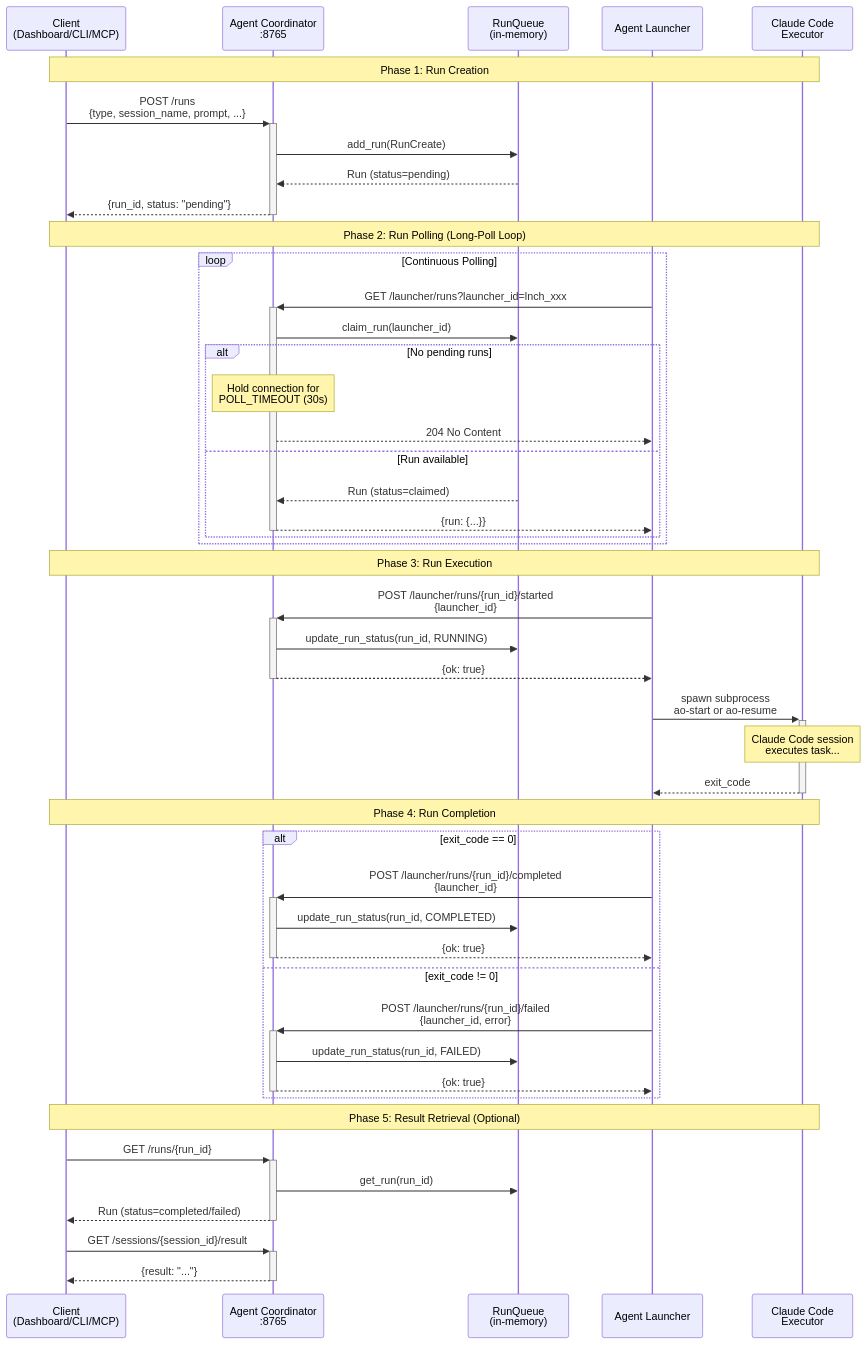
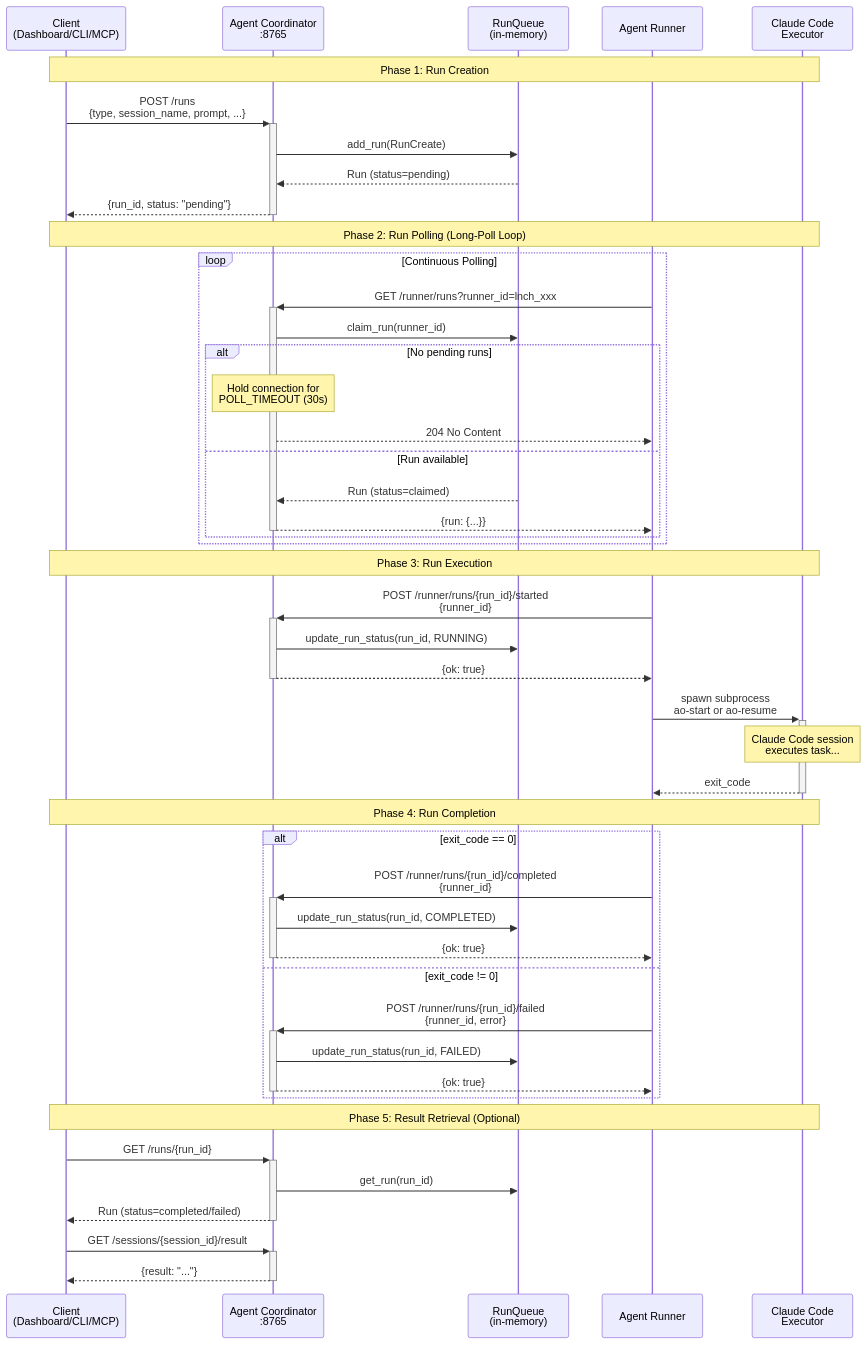
Before and after one commit to rawe/claude-agent-orchestrator: the diagram in docs/agent-coordinator/RUN_EXECUTION_FLOW.md, drawn with Mermaid. The commit also changed other lines of this file and 76 other files, not shown here.

Commit message:
refactor: rename Agent Launcher to Agent Runner across codebase

````diff
--- a/docs/agent-coordinator/RUN_EXECUTION_FLOW.md
+++ b/docs/agent-coordinator/RUN_EXECUTION_FLOW.md
@@ -16,54 +16,54 @@
 ```mermaid
 sequenceDiagram
     participant Client as Client<br/>(Dashboard/CLI/MCP)
     participant Coordinator as Agent Coordinator<br/>:8765
     participant Queue as RunQueue<br/>(in-memory)
-    participant Launcher as Agent Launcher
+    participant Runner as Agent Runner
     participant Executor as Claude Code<br/>Executor
 
     Note over Client,Executor: Phase 1: Run Creation
     Client->>+Coordinator: POST /runs<br/>{type, session_name, prompt, ...}
     Coordinator->>Queue: add_run(RunCreate)
     Queue-->>Coordinator: Run (status=pending)
     Coordinator-->>-Client: {run_id, status: "pending"}
 
     Note over Client,Executor: Phase 2: Run Polling (Long-Poll Loop)
     loop Continuous Polling
-        Launcher->>+Coordinator: GET /launcher/runs?launcher_id=lnch_xxx
-        Coordinator->>Queue: claim_run(launcher_id)
+        Runner->>+Coordinator: GET /runner/runs?runner_id=lnch_xxx
+        Coordinator->>Queue: claim_run(runner_id)
         alt No pending runs
             Note over Coordinator: Hold connection for<br/>POLL_TIMEOUT (30s)
-            Coordinator-->>Launcher: 204 No Content
+            Coordinator-->>Runner: 204 No Content
         else Run available
             Queue-->>Coordinator: Run (status=claimed)
-            Coordinator-->>-Launcher: {run: {...}}
+            Coordinator-->>-Runner: {run: {...}}
         end
     end
 
     Note over Client,Executor: Phase 3: Run Execution
-    Launcher->>+Coordinator: POST /launcher/runs/{run_id}/started<br/>{launcher_id}
+    Runner->>+Coordinator: POST /runner/runs/{run_id}/started<br/>{runner_id}
     Coordinator->>Queue: update_run_status(run_id, RUNNING)
-    Coordinator-->>-Launcher: {ok: true}
+    Coordinator-->>-Runner: {ok: true}
 
-    Launcher->>+Executor: spawn subprocess<br/>ao-start or ao-resume
+    Runner->>+Executor: spawn subprocess<br/>ao-start or ao-resume
     Note over Executor: Claude Code session<br/>executes task...
-    Executor-->>-Launcher: exit_code
+    Executor-->>-Runner: exit_code
 
     Note over Client,Executor: Phase 4: Run Completion
     alt exit_code == 0
-        Launcher->>+Coordinator: POST /launcher/runs/{run_id}/completed<br/>{launcher_id}
+        Runner->>+Coordinator: POST /runner/runs/{run_id}/completed<br/>{runner_id}
         Coordinator->>Queue: update_run_status(run_id, COMPLETED)
-        Coordinator-->>-Launcher: {ok: true}
+        Coordinator-->>-Runner: {ok: true}
     else exit_code != 0
-        Launcher->>+Coordinator: POST /launcher/runs/{run_id}/failed<br/>{launcher_id, error}
+        Runner->>+Coordinator: POST /runner/runs/{run_id}/failed<br/>{runner_id, error}
         Coordinator->>Queue: update_run_status(run_id, FAILED)
-        Coordinator-->>-Launcher: {ok: true}
+        Coordinator-->>-Runner: {ok: true}
     end
 
     Note over Client,Executor: Phase 5: Result Retrieval (Optional)
     Client->>+Coordinator: GET /runs/{run_id}
     Coordinator->>Queue: get_run(run_id)
     Coordinator-->>-Client: Run (status=completed/failed)
     Client->>+Coordinator: GET /sessions/{session_id}/result
     Coordinator-->>-Client: {result: "..."}
 ```
````
